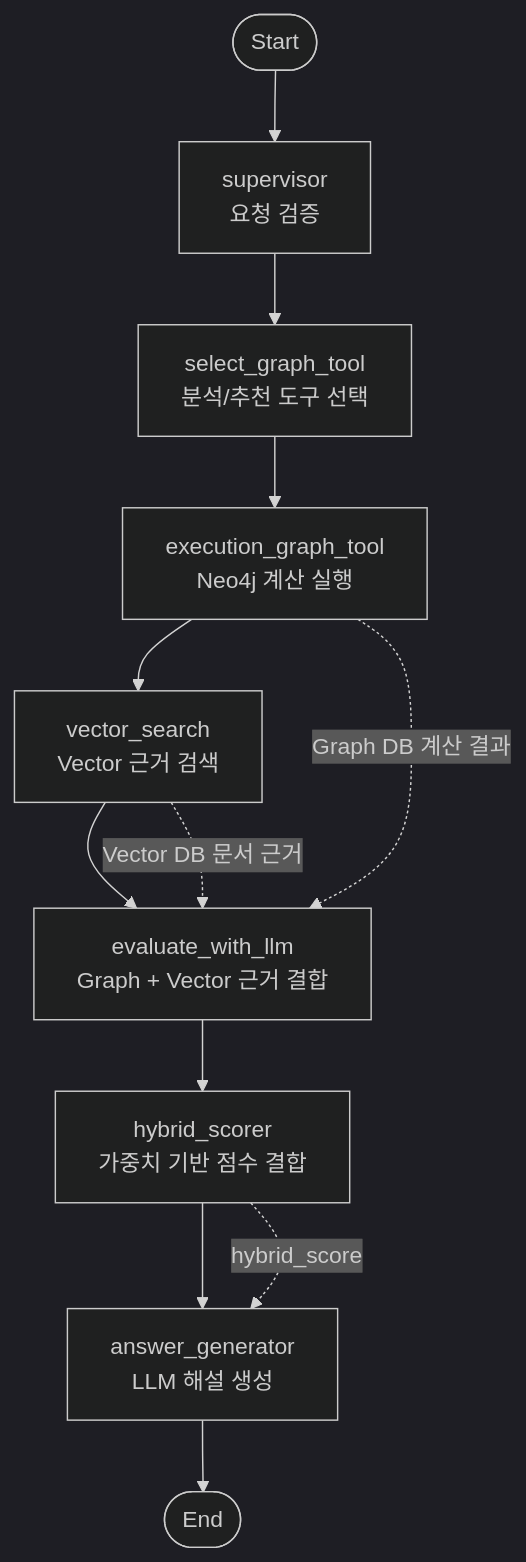
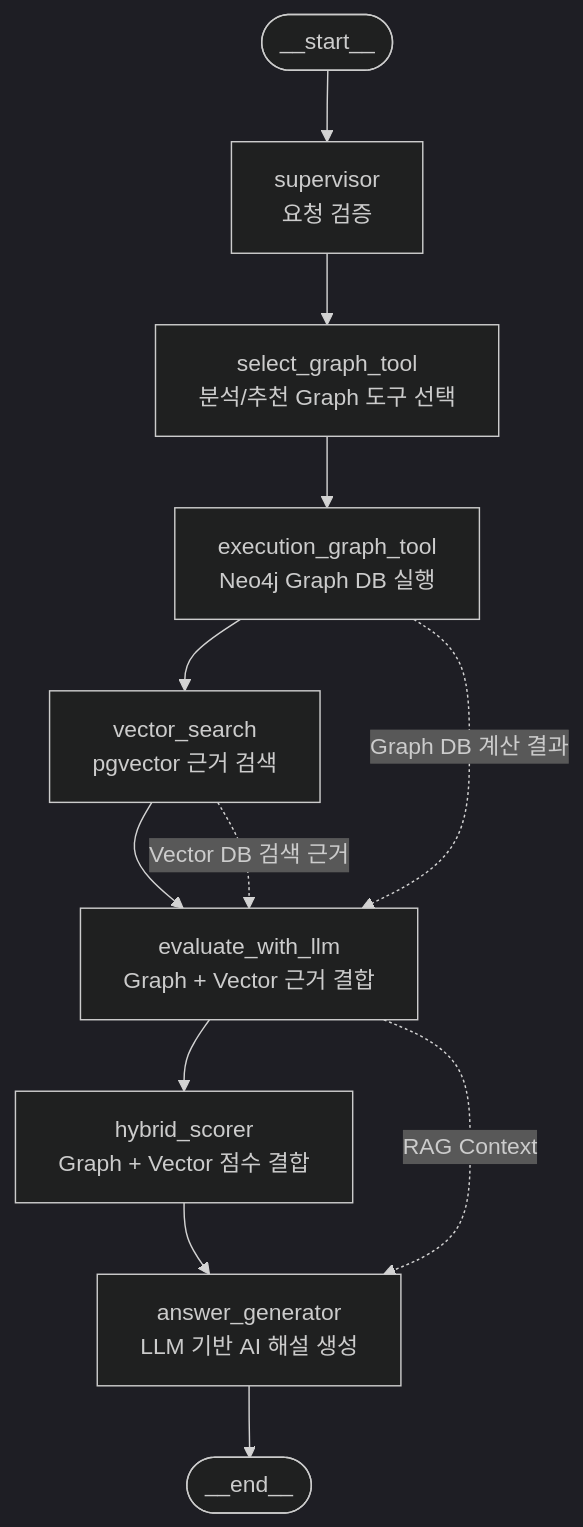
One commit to SKNETWORKS-FAMILY-AICAMP/SKN27-3rd-3TEAM changed the third of 5 diagrams in docs/팀빌딩/06_시스템아키텍처구성도.md. Above: the diagram before and after it, drawn with Mermaid (dark theme). The commit also changed other lines of this file and 3 other files, not shown here.

````diff
--- a/docs/팀빌딩/06_시스템아키텍처구성도.md
+++ b/docs/팀빌딩/06_시스템아키텍처구성도.md
@@ -170,25 +172,25 @@
 ```mermaid
 flowchart TD
-    START([Start])
+    START(["__start__"])
     SUP["supervisor<br/>요청 검증"]
-    SELECT["select_graph_tool<br/>분석/추천 도구 선택"]
-    GRAPH["execution_graph_tool<br/>Neo4j 계산 실행"]
-    VECTOR["vector_search<br/>Vector 근거 검색"]
+    SELECT["select_graph_tool<br/>분석/추천 Graph 도구 선택"]
+    GRAPH["execution_graph_tool<br/>Neo4j Graph DB 실행"]
+    VECTOR["vector_search<br/>pgvector 근거 검색"]
     EVAL["evaluate_with_llm<br/>Graph + Vector 근거 결합"]
-    SCORE["hybrid_scorer<br/>가중치 기반 점수 결합"]
-    ANSWER["answer_generator<br/>LLM 해설 생성"]
-    END([End])
+    RERANK["hybrid_scorer<br/>Graph + Vector 점수 결합"]
+    ANSWER["answer_generator<br/>LLM 기반 AI 해설 생성"]
+    END(["__end__"])
 
     START --> SUP
     SUP --> SELECT
     SELECT --> GRAPH
     GRAPH --> VECTOR
     VECTOR --> EVAL
-    EVAL --> SCORE
-    SCORE --> ANSWER
+    EVAL --> RERANK
+    RERANK --> ANSWER
     ANSWER --> END
 
     GRAPH -. "Graph DB 계산 결과" .-> EVAL
-    VECTOR -. "Vector DB 문서 근거" .-> EVAL
-    SCORE -. "hybrid_score" .-> ANSWER
+    VECTOR -. "Vector DB 검색 근거" .-> EVAL
+    EVAL -. "RAG Context" .-> ANSWER
 ```
````
